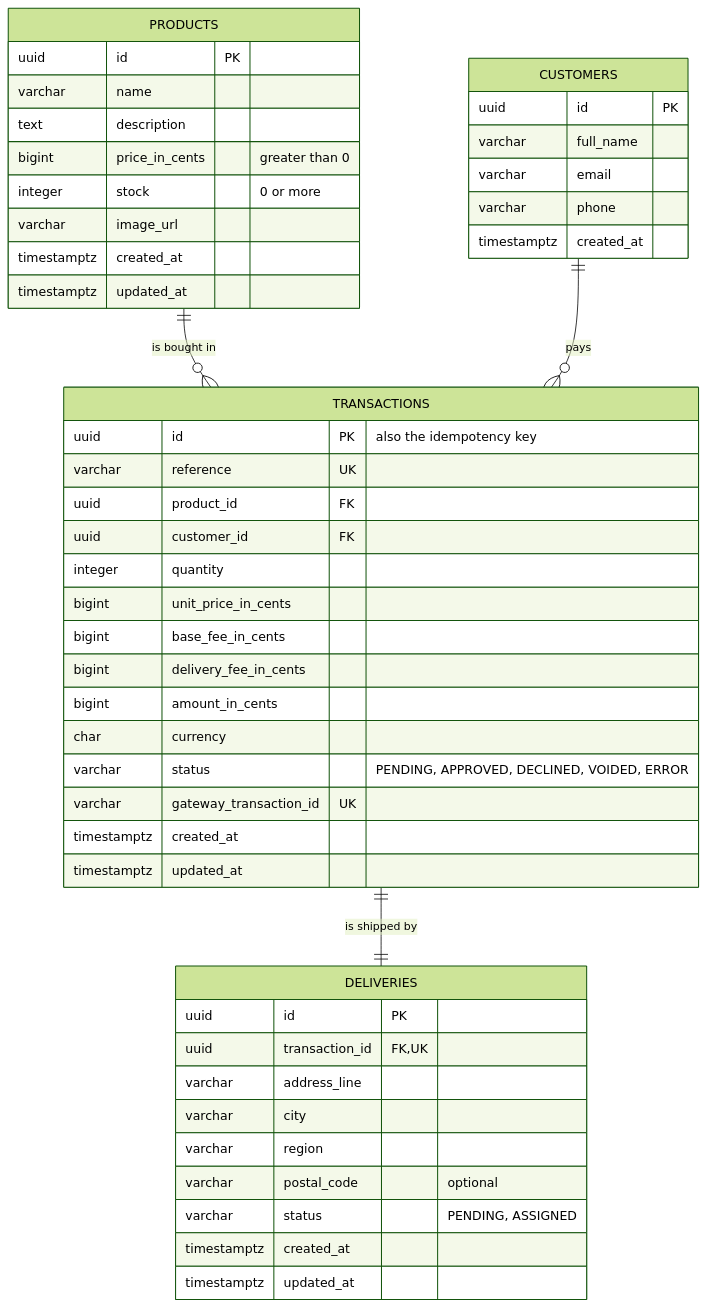
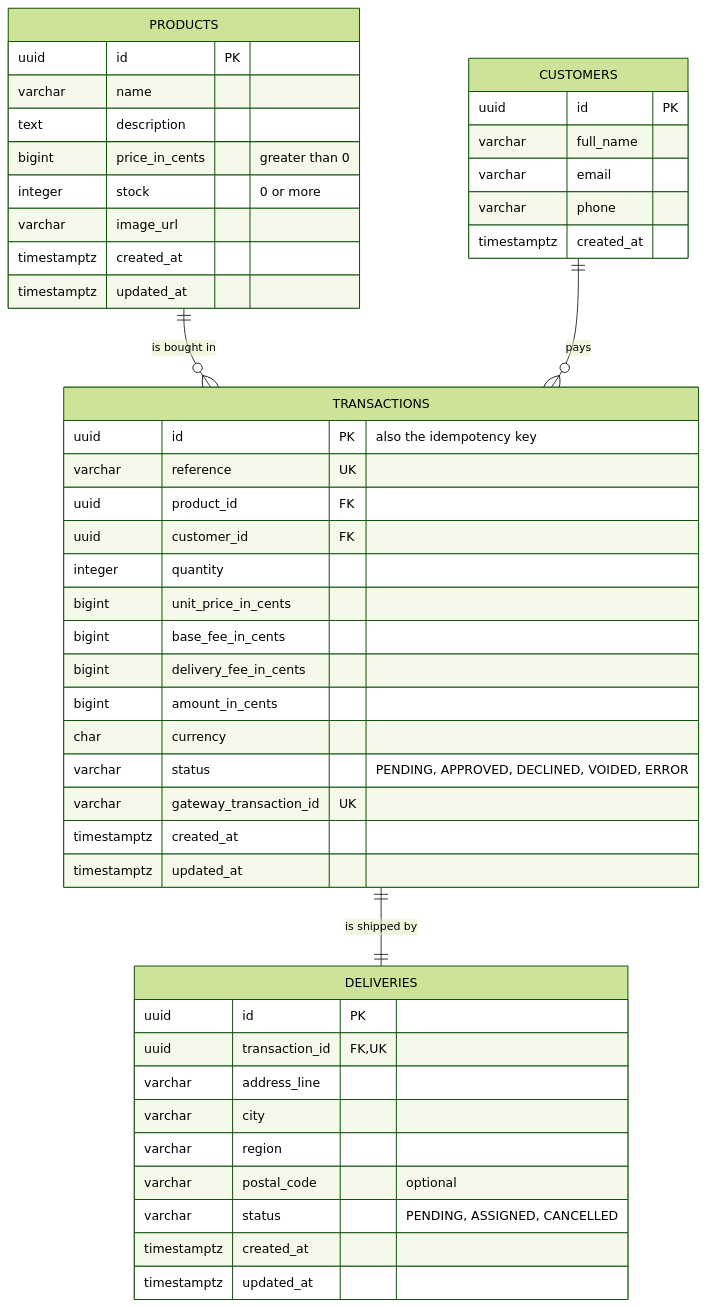
The diagram in README.md (jhoan636/checkout-app), drawn with Mermaid (forest theme) before and after one commit. The commit also changed other lines of this file and 10 other files, not shown here.

````diff
--- a/README.md
+++ b/README.md
@@ -115,51 +115,51 @@
 ```mermaid
 erDiagram
     PRODUCTS ||--o{ TRANSACTIONS : "is bought in"
     CUSTOMERS ||--o{ TRANSACTIONS : "pays"
     TRANSACTIONS ||--|| DELIVERIES : "is shipped by"
 
     PRODUCTS {
         uuid id PK
         varchar name
         text description
         bigint price_in_cents "greater than 0"
         integer stock "0 or more"
         varchar image_url
         timestamptz created_at
         timestamptz updated_at
     }
     CUSTOMERS {
         uuid id PK
         varchar full_name
         varchar email
         varchar phone
         timestamptz created_at
     }
     TRANSACTIONS {
         uuid id PK "also the idempotency key"
         varchar reference UK
         uuid product_id FK
         uuid customer_id FK
         integer quantity
         bigint unit_price_in_cents
         bigint base_fee_in_cents
         bigint delivery_fee_in_cents
         bigint amount_in_cents
         char currency
         varchar status "PENDING, APPROVED, DECLINED, VOIDED, ERROR"
         varchar gateway_transaction_id UK
         timestamptz created_at
         timestamptz updated_at
     }
     DELIVERIES {
         uuid id PK
         uuid transaction_id FK,UK
         varchar address_line
         varchar city
         varchar region
         varchar postal_code "optional"
-        varchar status "PENDING, ASSIGNED"
+        varchar status "PENDING, ASSIGNED, CANCELLED"
         timestamptz created_at
         timestamptz updated_at
     }
 ```
````
